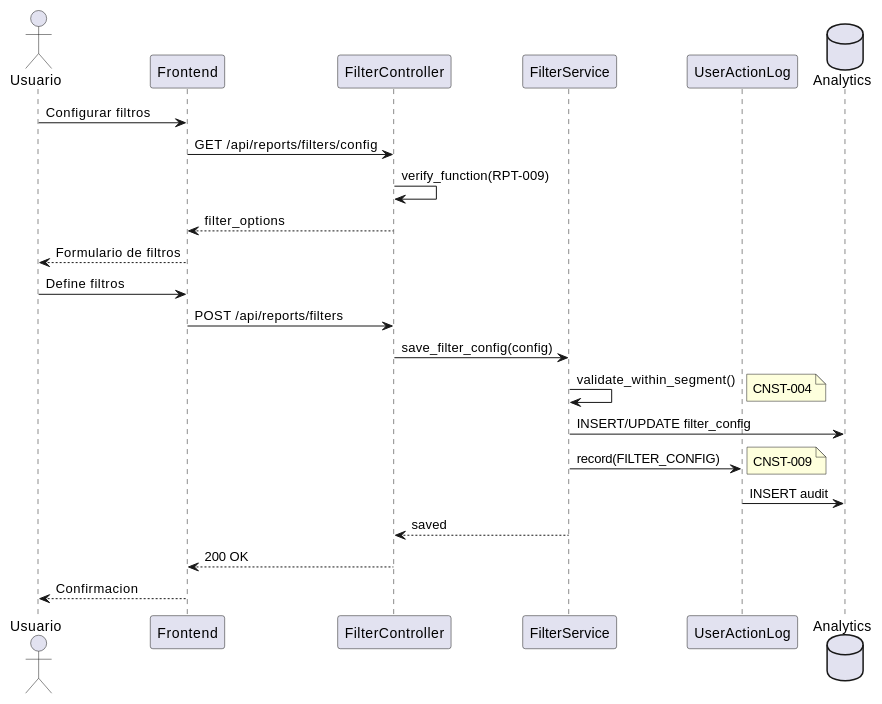
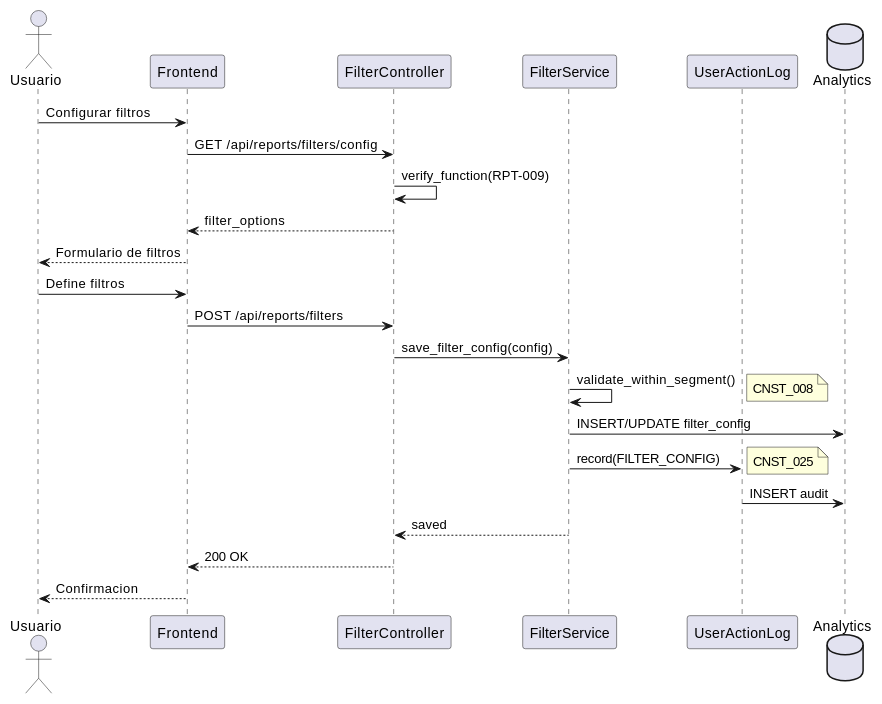
One commit to jcg-admin/IACT-docs changed the second of 3 diagrams in source/requisitos/casos_uso/reports/UC_RPT_09_Configurar_Filtros.rst. Above: the diagram before and after it, drawn with PlantUML. The commit also changed other lines of this file and 67 other files, not shown here.

```diff
--- a/source/requisitos/casos_uso/reports/UC_RPT_09_Configurar_Filtros.rst
+++ b/source/requisitos/casos_uso/reports/UC_RPT_09_Configurar_Filtros.rst
@@ -148,30 +148,30 @@
 .. uml::
    :caption: Diagrama de Secuencia - UC_RPT_09
 
    @startuml
    actor "Usuario" as U
    participant "Frontend" as FE
    participant "FilterController" as FC
    participant "FilterService" as FS
    participant "UserActionLog" as UAL
    database "Analytics" as DB
 
    U -> FE: Configurar filtros
    FE -> FC: GET /api/reports/filters/config
    FC -> FC: verify_function(RPT-009)
    FC --> FE: filter_options
    FE --> U: Formulario de filtros
 
    U -> FE: Define filtros
    FE -> FC: POST /api/reports/filters
    FC -> FS: save_filter_config(config)
    FS -> FS: validate_within_segment()
-   note right: CNST-004
+   note right: CNST_008
    FS -> DB: INSERT/UPDATE filter_config
    FS -> UAL: record(FILTER_CONFIG)
-   note right: CNST-009
+   note right: CNST_025
    UAL -> DB: INSERT audit
    FS --> FC: saved
    FC --> FE: 200 OK
    FE --> U: Confirmacion
    @enduml
```
